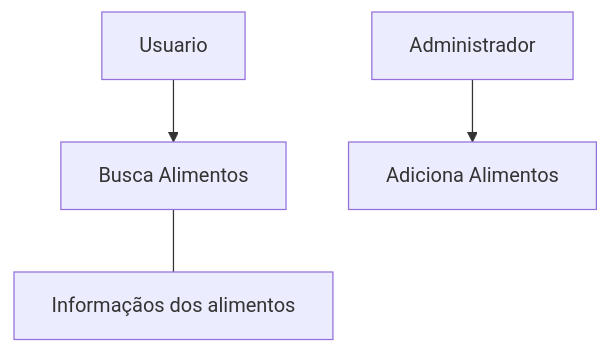
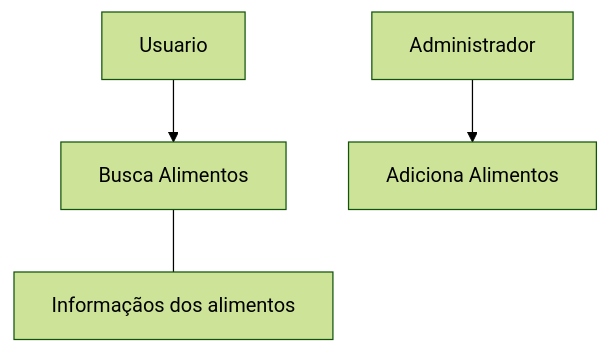
One commit to CTISM-Prof-Henry/trab-final-tarde-testa-de-amola-facao changed the diagram in diagrama_uml.md. Above: the diagram before and after it, drawn with Mermaid.

````diff
--- a/diagrama_uml.md
+++ b/diagrama_uml.md
@@ -1,12 +2,11 @@
-```Mermaid
-
+```mermaid
+---
+config:
+  theme: forest
+  look: classic
+---
 flowchart TB
-    A["Usuario"]
-    B["Busca Alimentos"]
-    C["Informaçãos dos alimentos"]
-    D["Administrador"]
-    E["Adiciona Alimentos"]
-    A --> B
-    B --- C
-    D --> E
+    A["Usuario"] --> B["Busca Alimentos"]
+    B --- C["Informaçãos dos alimentos"]
+    D["Administrador"] --> E["Adiciona Alimentos"]
 ```
````
